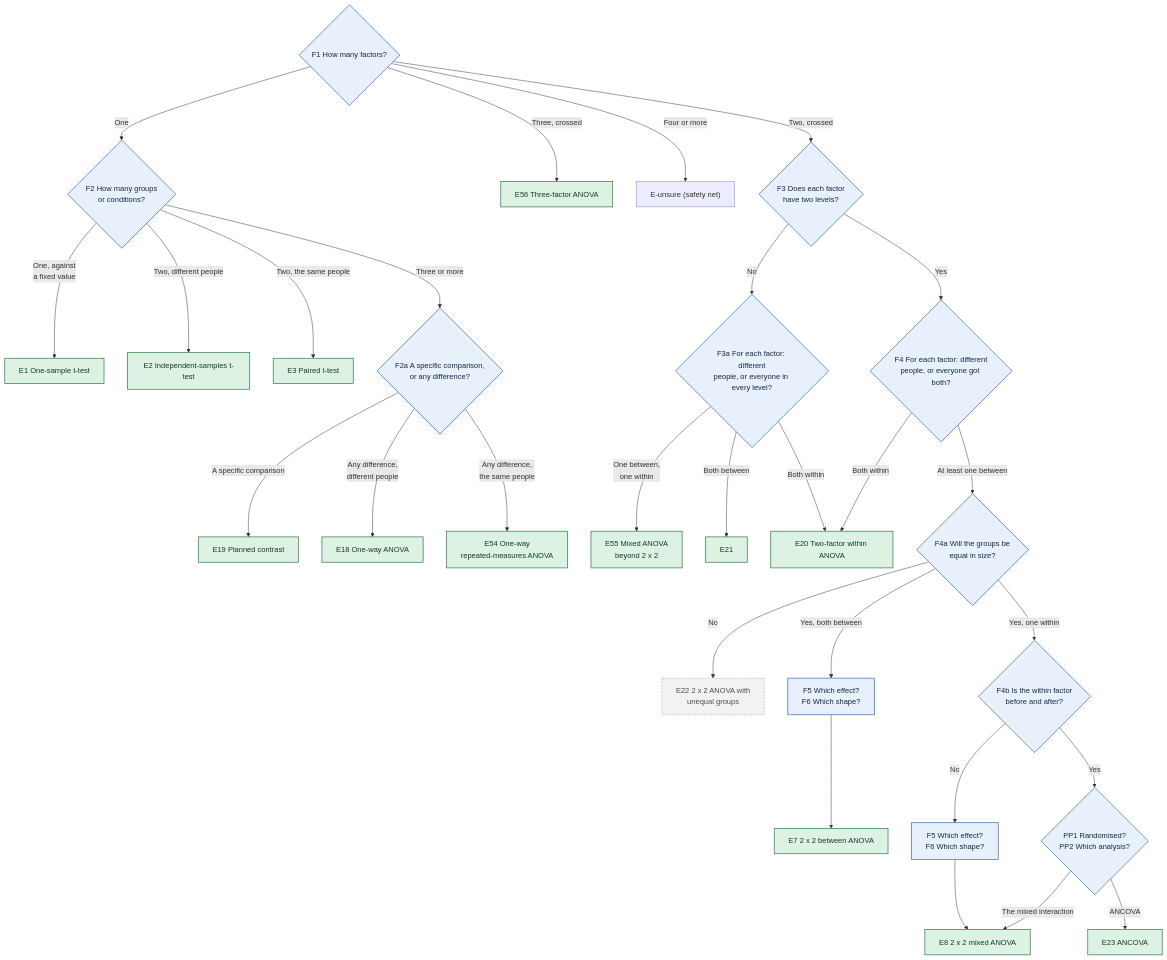
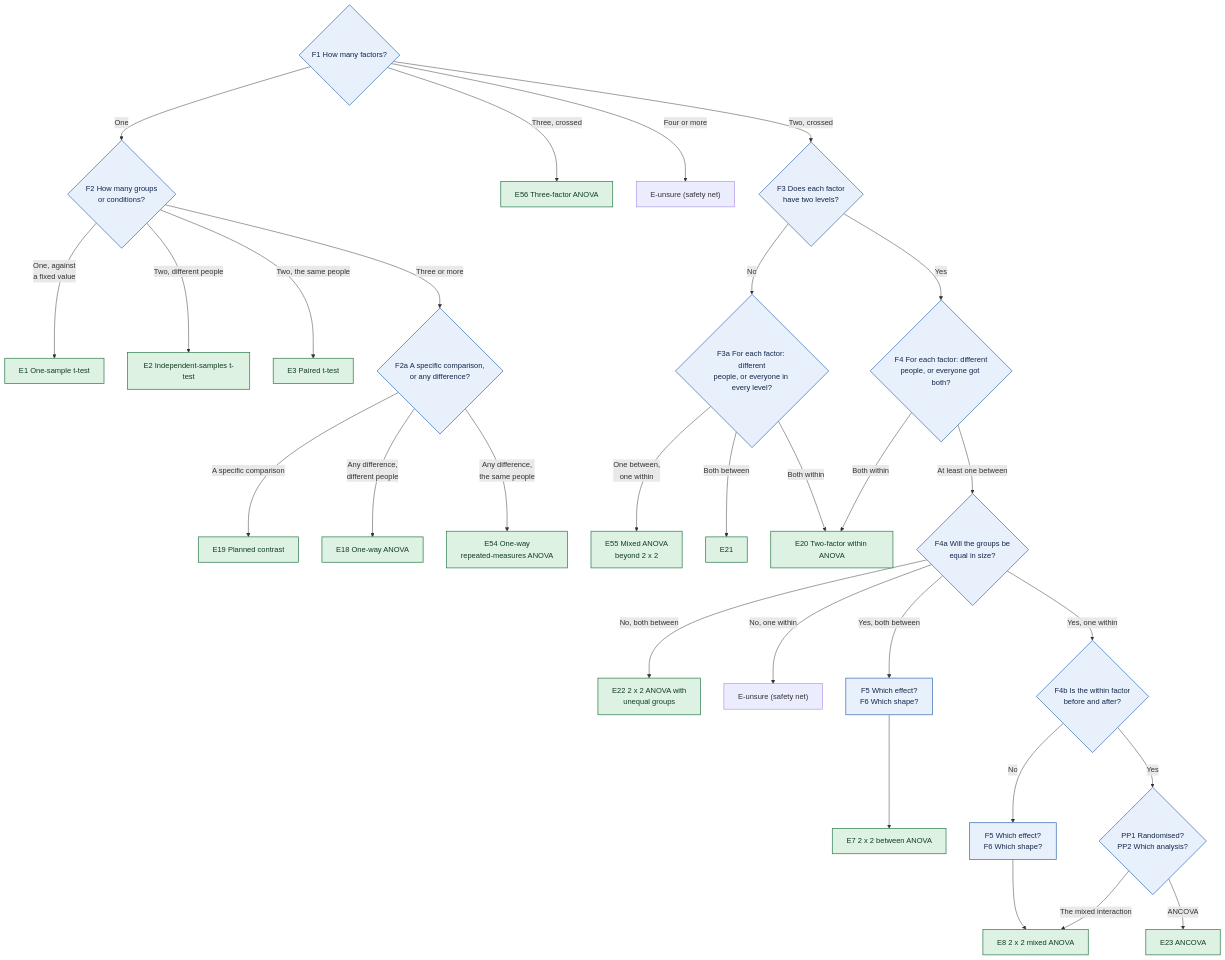
One commit to JoelThornton/Powerkit changed the fourth of 11 diagrams in docs/decision-tree.md. Above: the diagram before and after it, drawn with Mermaid. The commit also changed other lines of this file and 27 other files, not shown here.

````diff
--- a/docs/decision-tree.md
+++ b/docs/decision-tree.md
@@ -329,39 +329,39 @@
 ```mermaid
 flowchart TD
   F1{"F1 How many factors?"}
   F1 -->|One| F2{"F2 How many groups<br/>or conditions?"}
   F2 -->|One, against<br/>a fixed value| E1["E1 One-sample t-test"]
   F2 -->|Two, different people| E2["E2 Independent-samples t-test"]
   F2 -->|Two, the same people| E3["E3 Paired t-test"]
   F2 -->|Three or more| F2a{"F2a A specific comparison,<br/>or any difference?"}
   F2a -->|A specific comparison| E19["E19 Planned contrast"]
   F2a -->|Any difference,<br/>different people| E18["E18 One-way ANOVA"]
   F2a -->|Any difference,<br/>the same people| E54["E54 One-way<br/>repeated-measures ANOVA"]
   F1 -->|Three, crossed| E56["E56 Three-factor ANOVA"]
   F1 -->|Four or more| UNS1["E-unsure (safety net)"]
   F1 -->|Two, crossed| F3{"F3 Does each factor<br/>have two levels?"}
   F3 -->|No| F3a{"F3a For each factor: different<br/>people, or everyone in every level?"}
   F3a -->|One between,<br/>one within| E55["E55 Mixed ANOVA<br/>beyond 2 x 2"]
   F3a -->|Both between| E21
   F3a -->|Both within| E20
   F3 -->|Yes| F4{"F4 For each factor: different<br/>people, or everyone got both?"}
   F4 -->|Both within| E20["E20 Two-factor within ANOVA"]
   F4 -->|At least one between| F4a{"F4a Will the groups be<br/>equal in size?"}
-  F4a -->|No| E22["E22 2 x 2 ANOVA with<br/>unequal groups"]
+  F4a -->|No, both between| E22["E22 2 x 2 ANOVA with<br/>unequal groups"]
+  F4a -->|No, one within| UNS2["E-unsure (safety net)"]
   F4a -->|Yes, both between| F5b["F5 Which effect?<br/>F6 Which shape?"]
   F5b --> E7["E7 2 x 2 between ANOVA"]
   F4a -->|Yes, one within| F4b{"F4b Is the within factor<br/>before and after?"}
   F4b -->|No| F5m["F5 Which effect?<br/>F6 Which shape?"]
   F5m --> E8["E8 2 x 2 mixed ANOVA"]
   F4b -->|Yes| PP{"PP1 Randomised?<br/>PP2 Which analysis?"}
   PP -->|The mixed interaction| E8
   PP -->|ANCOVA| E23["E23 ANCOVA"]
   class F1,F2,F2a,F3,F3a,F4,F4a,F4b,PP,F5b,F5m q
-  class E1,E2,E3,E7,E8,E18,E19,E20,E21,E23,E54,E55,E56 avail
-  class E22 later
+  class E1,E2,E3,E7,E8,E18,E19,E20,E21,E22,E23,E54,E55,E56 avail
   classDef q fill:#E8F0FB,stroke:#3B6FB6,color:#14284B,stroke-width:1.5px
   classDef avail fill:#DDF2E3,stroke:#2E7D4F,color:#123D24,stroke-width:1.5px
   classDef spec fill:#FFF0D1,stroke:#B97A00,color:#4A3200,stroke-width:1.5px
   classDef later fill:#F2F2F2,stroke:#9A9A9A,color:#4D4D4D,stroke-width:1px,stroke-dasharray:4 3
   classDef jump fill:#FFFFFF,stroke:#3B6FB6,color:#14284B,stroke-width:1.5px,stroke-dasharray:6 3
 ```
````
